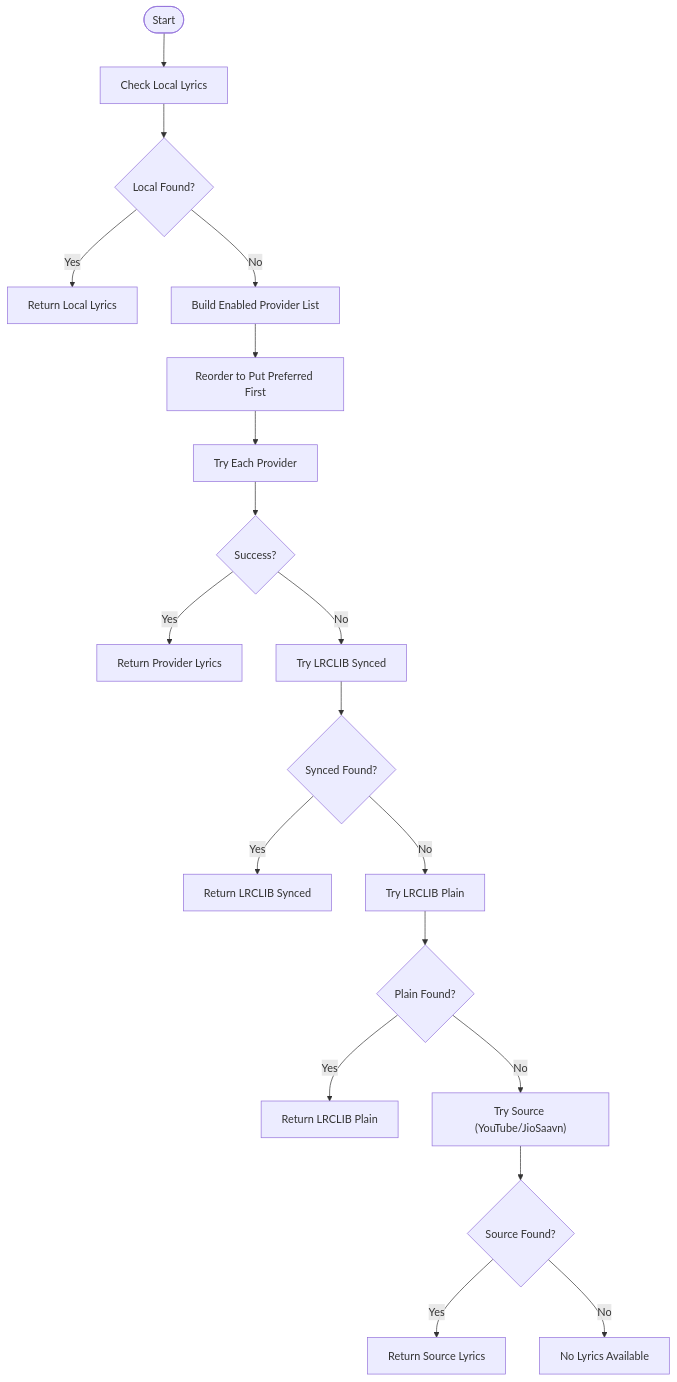
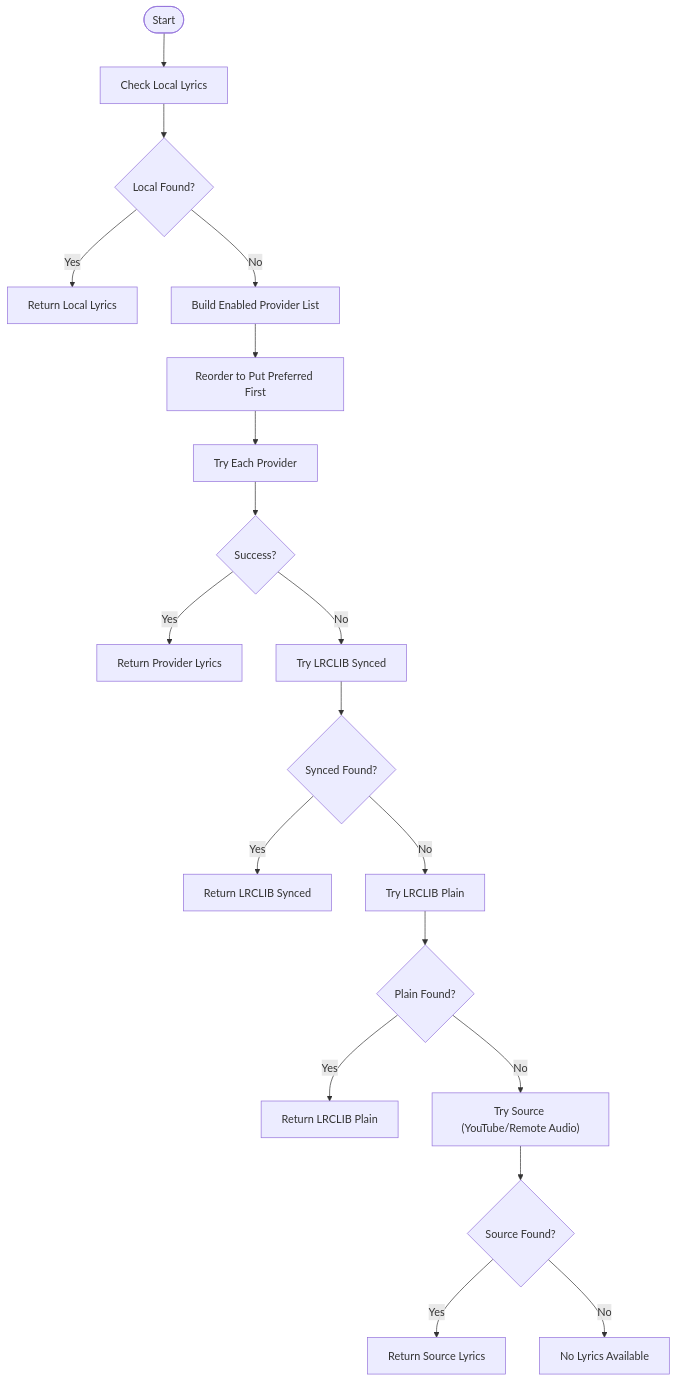
The third of 8 diagrams in docs/Lyrics System/Lyric Settings and Customization.md (suvojeet-sengupta/SuvMusic), drawn with Mermaid before and after one commit. The commit also changed other lines of this file and 32 other files, not shown here.

````diff
--- a/docs/Lyrics System/Lyric Settings and Customization.md
+++ b/docs/Lyrics System/Lyric Settings and Customization.md
@@ -156,21 +156,21 @@
 ```mermaid
 flowchart TD
 Start(["Start"]) --> CheckLocal["Check Local Lyrics"]
 CheckLocal --> HasLocal{"Local Found?"}
 HasLocal --> |Yes| ReturnLocal["Return Local Lyrics"]
 HasLocal --> |No| BuildList["Build Enabled Provider List"]
 BuildList --> Reorder["Reorder to Put Preferred First"]
 Reorder --> TryProviders["Try Each Provider"]
 TryProviders --> Success{"Success?"}
 Success --> |Yes| ReturnProv["Return Provider Lyrics"]
 Success --> |No| TryLRCLIB["Try LRCLIB Synced"]
 TryLRCLIB --> LRCLIBSynced{"Synced Found?"}
 LRCLIBSynced --> |Yes| ReturnLRCLIB["Return LRCLIB Synced"]
 LRCLIBSynced --> |No| TryLRCLIBPlain["Try LRCLIB Plain"]
 TryLRCLIBPlain --> LRCLIBPlain{"Plain Found?"}
 LRCLIBPlain --> |Yes| ReturnLRCLIBPlain["Return LRCLIB Plain"]
-LRCLIBPlain --> |No| TrySource["Try Source (YouTube/JioSaavn)"]
+LRCLIBPlain --> |No| TrySource["Try Source (YouTube/Remote Audio)"]
 TrySource --> SourceFound{"Source Found?"}
 SourceFound --> |Yes| ReturnSource["Return Source Lyrics"]
 SourceFound --> |No| NoLyrics["No Lyrics Available"]
 ```
````
